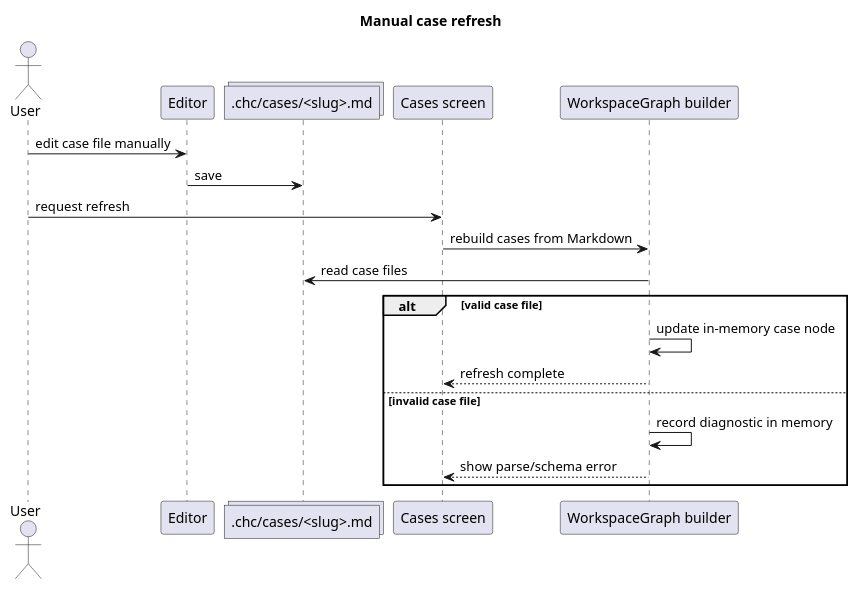
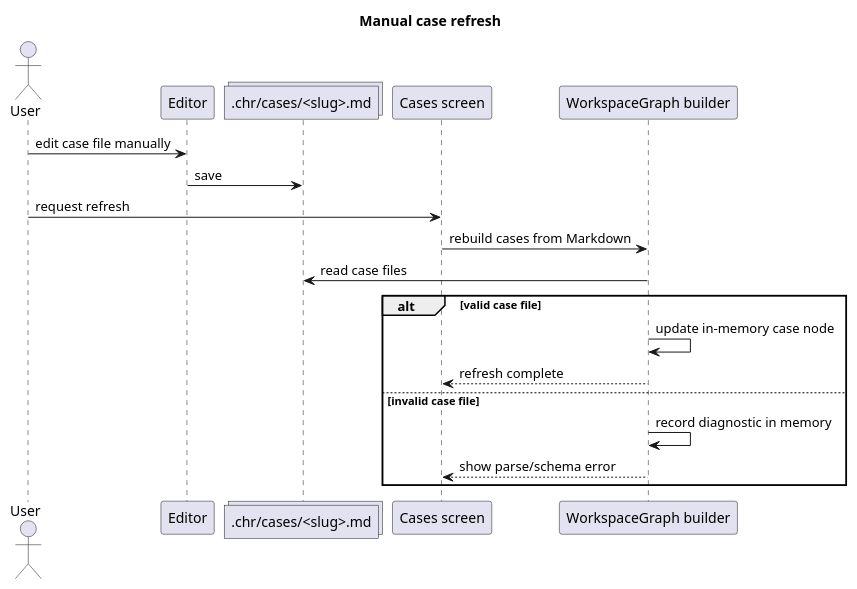
Before and after one commit to adrianpk/chr: the third of 4 diagrams in .prj/specs/specs/tui-cases-screen.md, drawn with PlantUML. The commit also changed other lines of this file and 1145 other files, not shown here.

````diff
--- a/.prj/specs/specs/tui-cases-screen.md
+++ b/.prj/specs/specs/tui-cases-screen.md
@@ -193,26 +193,26 @@
 ```plantuml
 @startuml
 title Manual case refresh
 
 actor User
 participant Editor
-collections ".chc/cases/<slug>.md" as File
+collections ".chr/cases/<slug>.md" as File
 participant "Cases screen" as UI
 participant "WorkspaceGraph builder" as Graph
 
 User -> Editor: edit case file manually
 Editor -> File: save
 User -> UI: request refresh
 UI -> Graph: rebuild cases from Markdown
 Graph -> File: read case files
 
 alt valid case file
     Graph -> Graph: update in-memory case node
     Graph --> UI: refresh complete
 else invalid case file
     Graph -> Graph: record diagnostic in memory
     Graph --> UI: show parse/schema error
 end
 
 @enduml
 ```
````
